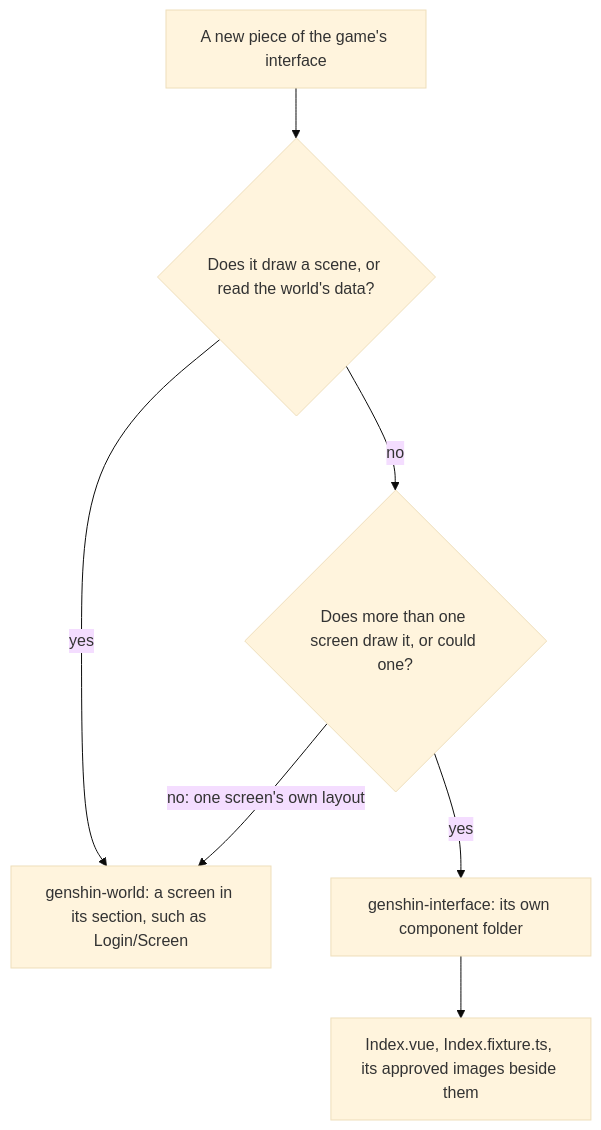
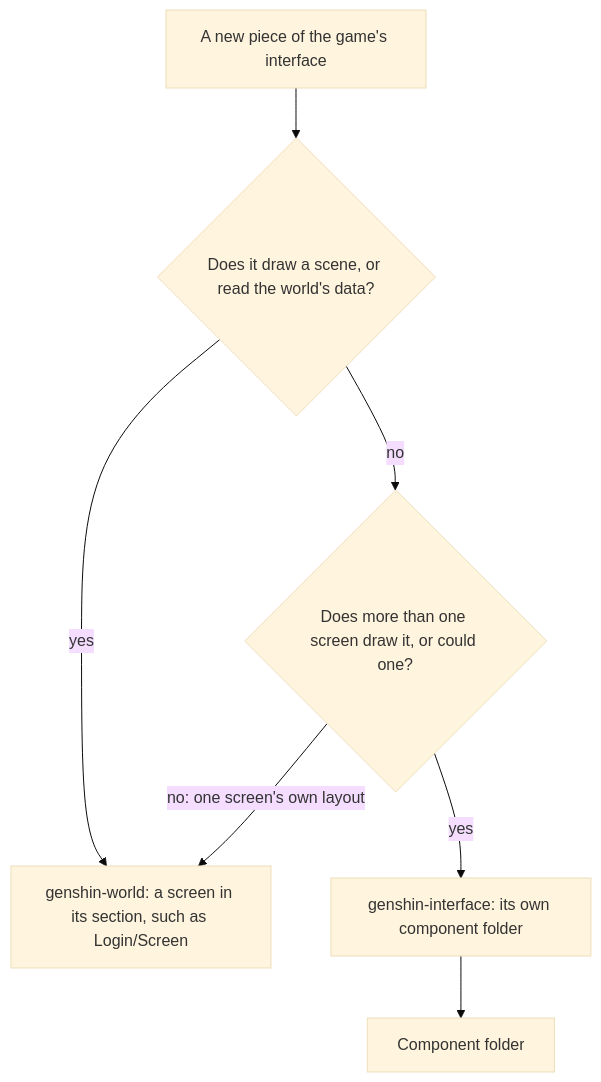
One commit to Esposter/Esposter changed the first of 2 diagrams in openspec/specs/genshin/interface-library/design.md. Above: the diagram before and after it, drawn with Mermaid (base theme). The commit also changed other lines of this file and 17 other files, not shown here.

````diff
--- a/openspec/specs/genshin/interface-library/design.md
+++ b/openspec/specs/genshin/interface-library/design.md
@@ -7,9 +7,9 @@
 ```mermaid
 flowchart TD
   P[A new piece of the game's interface] --> Q{Does it draw a scene, or read the world's data?}
   Q -->|yes| W[genshin-world: a screen in its section, such as Login/Screen]
   Q -->|no| R{Does more than one screen draw it, or could one?}
   R -->|yes| U[genshin-interface: its own component folder]
   R -->|"no: one screen's own layout"| W
-  U --> F[Index.vue, Index.fixture.ts, its approved images beside them]
+  U --> F[Component folder]
 ```
````
